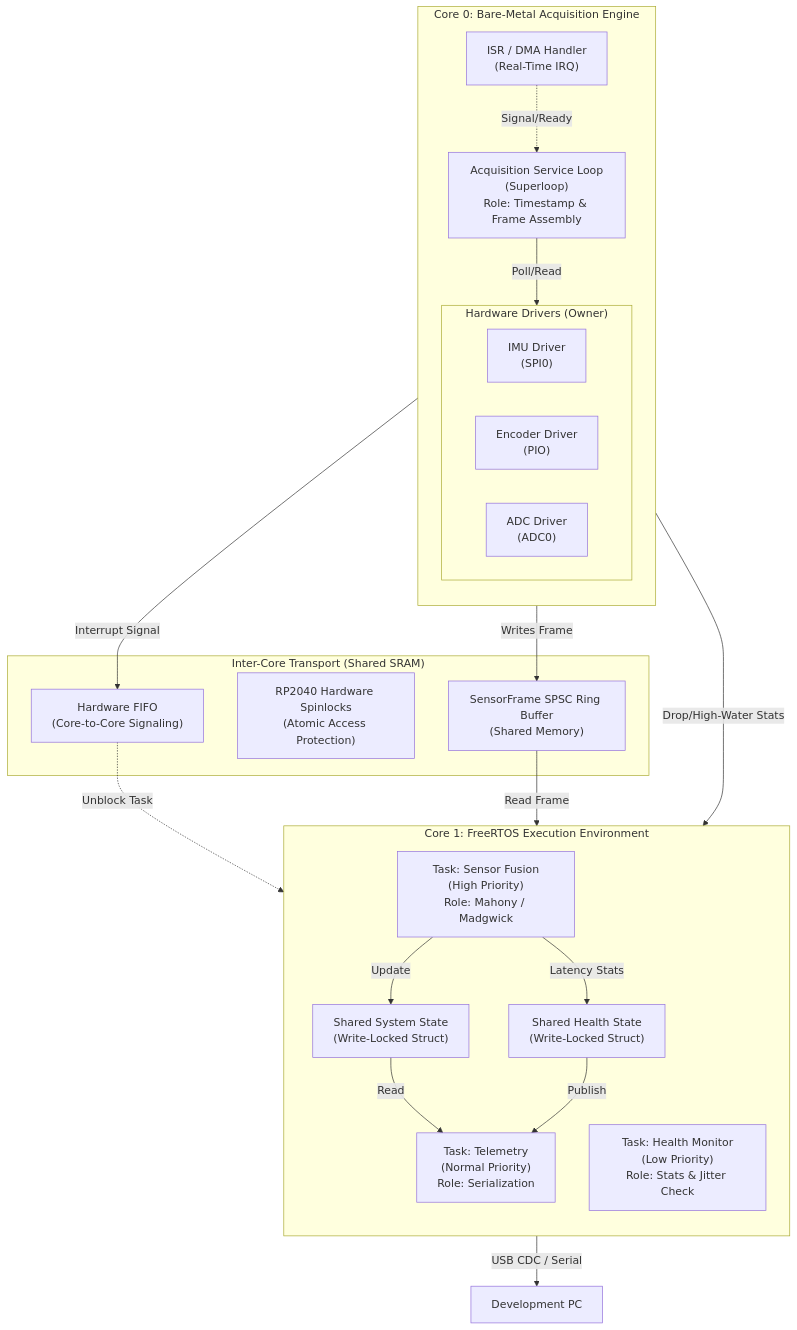
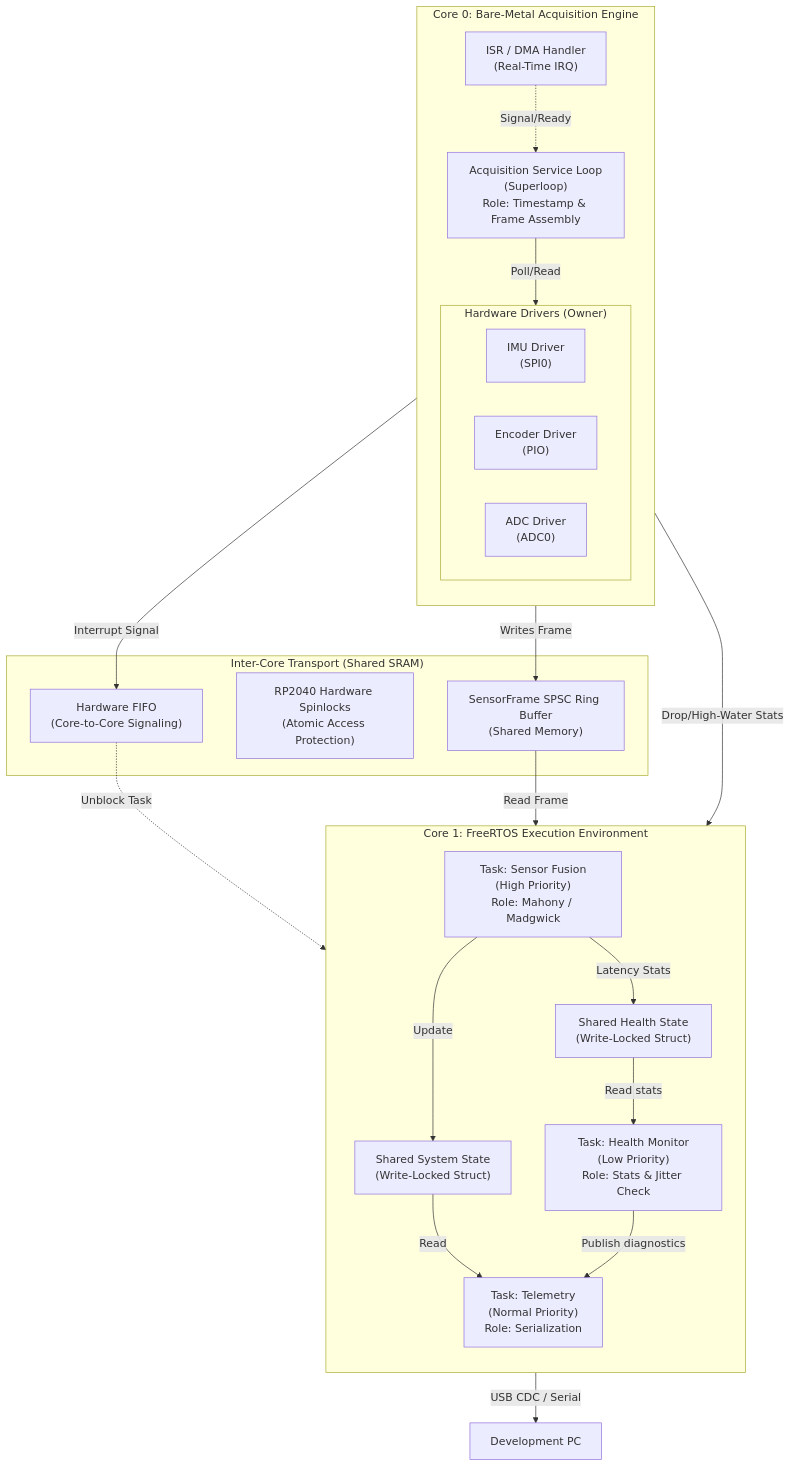
The second of 2 diagrams in projects/01_sensor_fusion/docs/SW-ARCHITECTURE.md (tslator/embedded-multi-demo), drawn with Mermaid before and after one commit. The commit also changed other lines of this file and 3 other files, not shown here.

````diff
--- a/projects/01_sensor_fusion/docs/SW-ARCHITECTURE.md
+++ b/projects/01_sensor_fusion/docs/SW-ARCHITECTURE.md
@@ -116,63 +116,64 @@
 ```mermaid
 flowchart TB
 
     %% Core 0 - The Deterministic Hardware Engine (Bare Metal / No RTOS)
     subgraph C0["Core 0: Bare-Metal Acquisition Engine"]
         direction TB
         
         subgraph C0_HW["Hardware Drivers (Owner)"]
             IMU_DRV["IMU Driver\n(SPI0)"]
             ENC_DRV["Encoder Driver\n(PIO)"]
             ADC_DRV["ADC Driver\n(ADC0)"]
         end
 
         ISR_HNDL["ISR / DMA Handler\n(Real-Time IRQ)"]
         
         LOOP_ACQ["Acquisition Service Loop\n(Superloop)\nRole: Timestamp & Frame Assembly"]
     end
 
     %% Communication Channel - Hardware & Memory Primaries
     subgraph IPC["Inter-Core Transport (Shared SRAM)"]
         SF_RING["SensorFrame SPSC Ring Buffer\n(Shared Memory)"]
         HW_LOCK["RP2040 Hardware Spinlocks\n(Atomic Access Protection)"]
         FIFO_SIG["Hardware FIFO\n(Core-to-Core Signaling)"]
     end
 
     %% Core 1 - The Application & Processing Core (FreeRTOS)
     subgraph C1["Core 1: FreeRTOS Execution Environment"]
         direction TB
         
         TASK_FUSION["Task: Sensor Fusion\n(High Priority)\nRole: Mahony / Madgwick"]
         
         SH_STATE["Shared System State\n(Write-Locked Struct)"]
         SH_HEALTH["Shared Health State\n(Write-Locked Struct)"]
         
         TASK_TEL["Task: Telemetry\n(Normal Priority)\nRole: Serialization"]
         
         TASK_HEALTH["Task: Health Monitor\n(Low Priority)\nRole: Stats & Jitter Check"]
     end
 
     %% Data Flow - Core 0
     ISR_HNDL -.->|"Signal/Ready"| LOOP_ACQ
     LOOP_ACQ -->|"Poll/Read"| C0_HW
     
     %% Frame Production via IPC
     LOOP_ACQ -->|"Writes Frame"| SF_RING
     LOOP_ACQ -->|"Interrupt Signal"| FIFO_SIG
     
     %% Consumption on Core 1
     FIFO_SIG -.->|"Unblock Task"| TASK_FUSION
     SF_RING -->|"Read Frame"| TASK_FUSION
     
     %% Core 1 Internal Data Sharing
     TASK_FUSION -->|"Update"| SH_STATE
     SH_STATE -->|"Read"| TASK_TEL
 
     %% Health Metrics Path
     LOOP_ACQ -->|"Drop/High-Water Stats"| SH_HEALTH
     TASK_FUSION -->|"Latency Stats"| SH_HEALTH
-    SH_HEALTH -->|"Publish"| TASK_TEL
+    SH_HEALTH -->|"Read stats"| TASK_HEALTH
+    TASK_HEALTH -->|"Publish diagnostics"| TASK_TEL
     
     %% Final Output
     TASK_TEL -->|"USB CDC / Serial"| PC["Development PC"]
 ```
````
